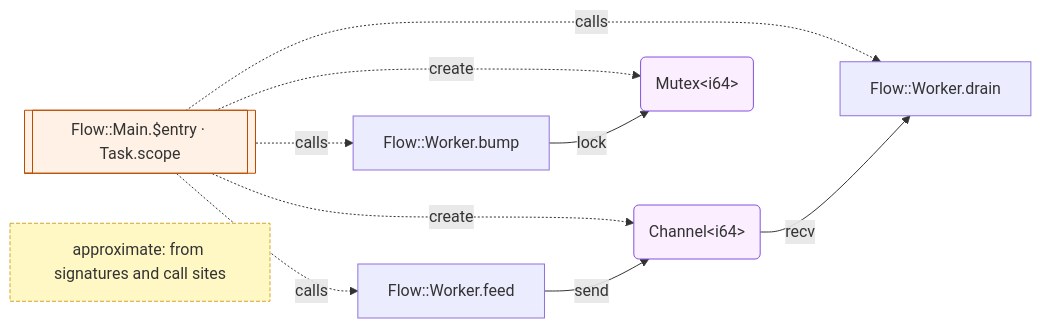
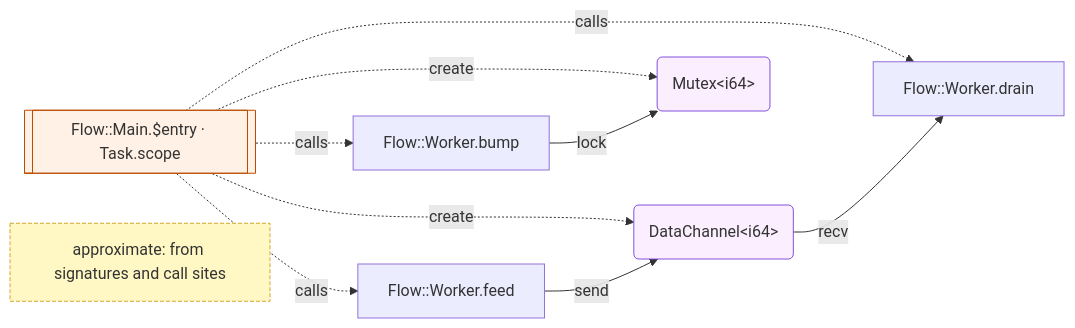
One commit to tatsuya-midorikawa/Tsuzuri changed the fourth of 5 diagrams in _tsuzuri/language-reference/compiler/diagrams.md. Above: the diagram before and after it, drawn with Mermaid. The commit also changed other lines of this file and 70 other files, not shown here.

First line of the commit message:
TZ03: rename the Channel of F10 to DataChannel [skip ci]

````diff
--- a/_tsuzuri/language-reference/compiler/diagrams.md
+++ b/_tsuzuri/language-reference/compiler/diagrams.md
@@ -156,24 +156,24 @@
 ```mermaid
 flowchart LR
     n1[["Flow::Main.$entry · Task.scope"]]
     n2["Flow::Worker.bump"]
     n3["Flow::Worker.drain"]
     n4["Flow::Worker.feed"]
-    n5("Channel#lt;i64#gt;")
+    n5("DataChannel#lt;i64#gt;")
     n6("Mutex#lt;i64#gt;")
     n7["approximate: from signatures and call sites"]
     n1 -.->|"calls"| n2
     n1 -.->|"calls"| n3
     n1 -.->|"calls"| n4
     n1 -.->|"create"| n5
     n1 -.->|"create"| n6
     n2 -->|"lock"| n6
     n4 -->|"send"| n5
     n5 -->|"recv"| n3
     classDef region fill:#fff1e5,stroke:#bc4c00
     classDef cell fill:#fbefff,stroke:#8250df
     classDef note fill:#fff8c5,stroke:#d4a72c,stroke-dasharray:4 2
     class n1 region
     class n5,n6 cell
     class n7 note
 ```
````
